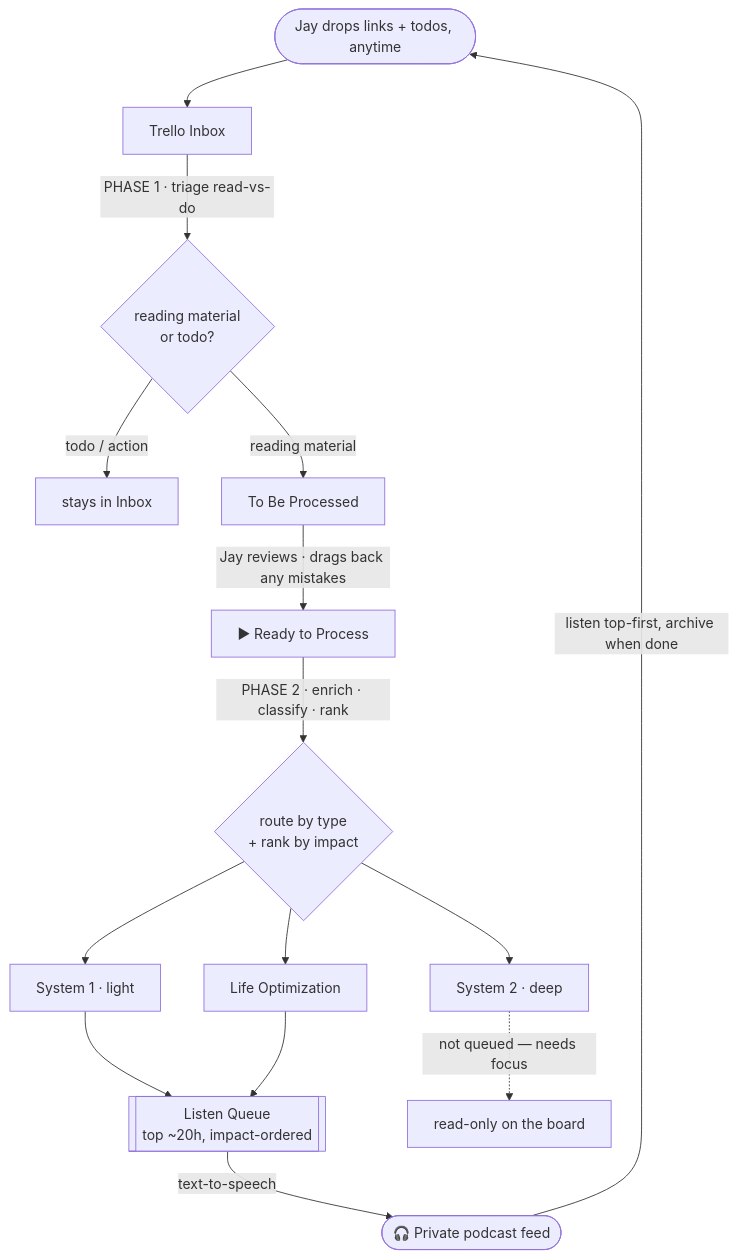
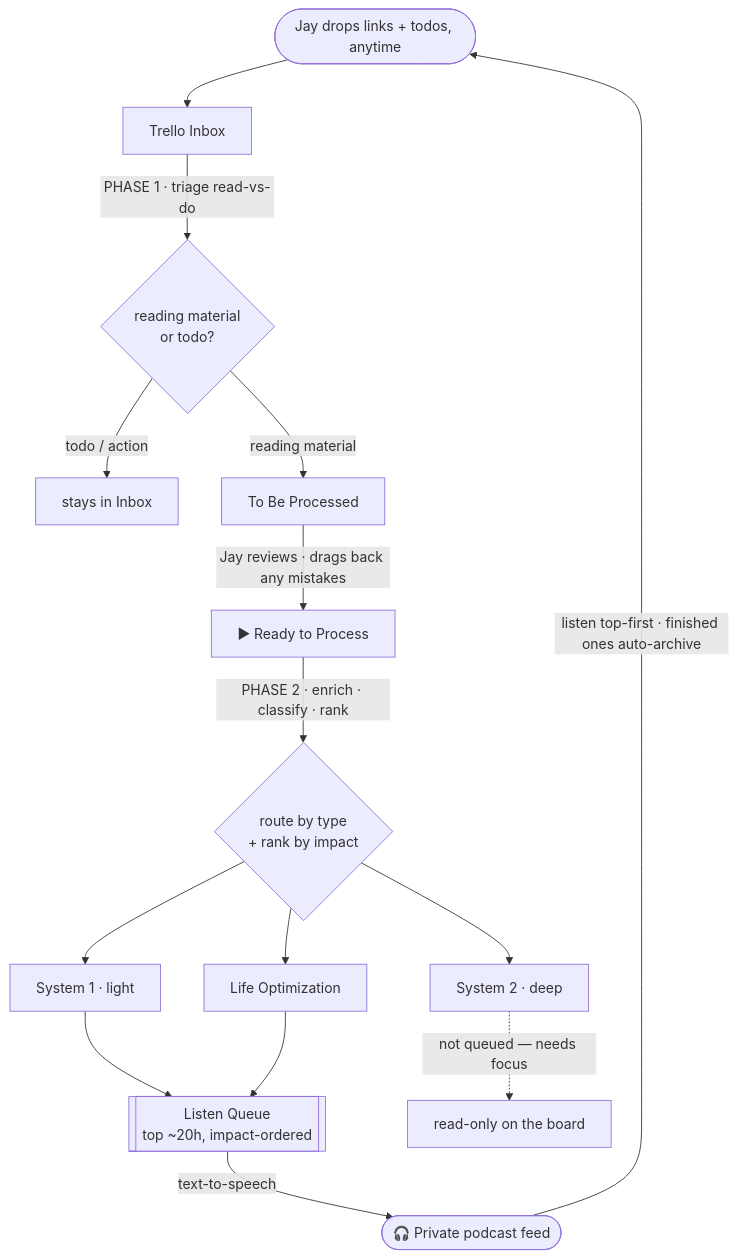
The first of 3 diagrams in README.md (jeqcho/automated-counterfactual-podcast), drawn with Mermaid before and after one commit. The commit also changed other lines of this file and 6 other files, not shown here.

First line of the commit message:
Auto-archive Listen Queue cards finished in Apple Podcasts

````diff
--- a/README.md
+++ b/README.md
@@ -22,17 +22,17 @@
 ```mermaid
 flowchart TD
     Jay(["Jay drops links + todos, anytime"]) --> Inbox["Trello Inbox"]
     Inbox -->|"PHASE 1 · triage read-vs-do"| Split{"reading material<br/>or todo?"}
     Split -->|"todo / action"| Stay["stays in Inbox"]
     Split -->|"reading material"| TBP["To Be Processed"]
     TBP -->|"Jay reviews · drags back any mistakes"| Ready["▶ Ready to Process"]
     Ready -->|"PHASE 2 · enrich · classify · rank"| Route{"route by type<br/>+ rank by impact"}
     Route --> S1["System 1 · light"]
     Route --> S2["System 2 · deep"]
     Route --> LO["Life Optimization"]
     S1 --> Q[["Listen Queue<br/>top ~20h, impact-ordered"]]
     LO --> Q
     S2 -.->|"not queued — needs focus"| RO["read-only on the board"]
     Q -->|"text-to-speech"| Feed(["🎧 Private podcast feed"])
-    Feed -->|"listen top-first, archive when done"| Jay
+    Feed -->|"listen top-first · finished ones auto-archive"| Jay
 ```
````
